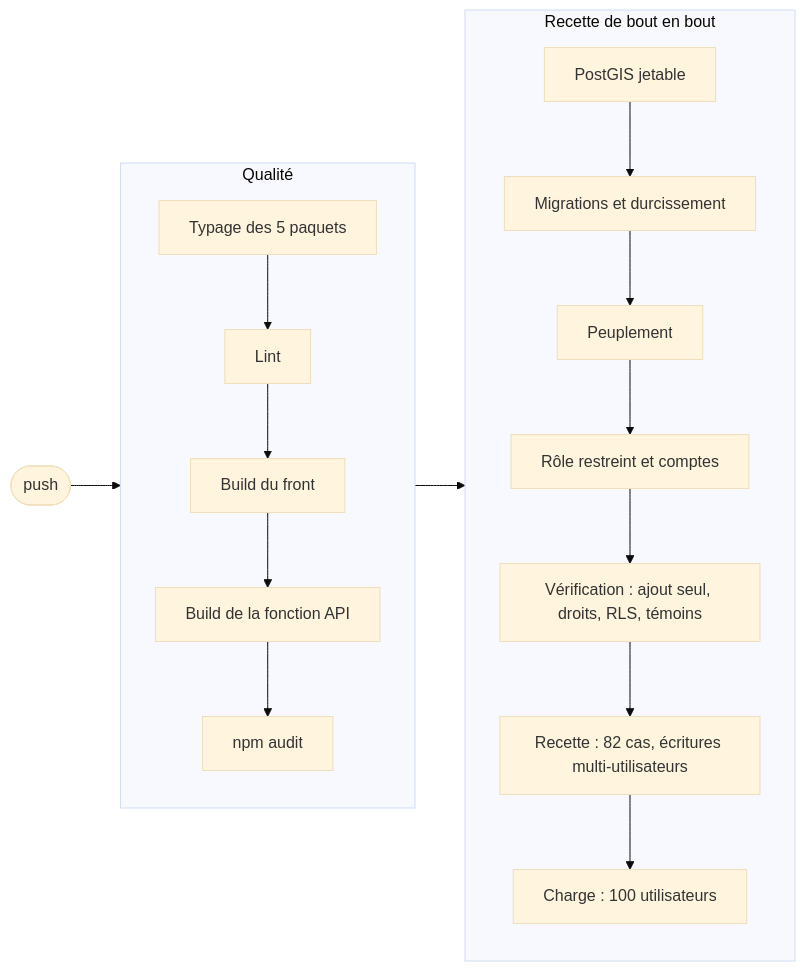
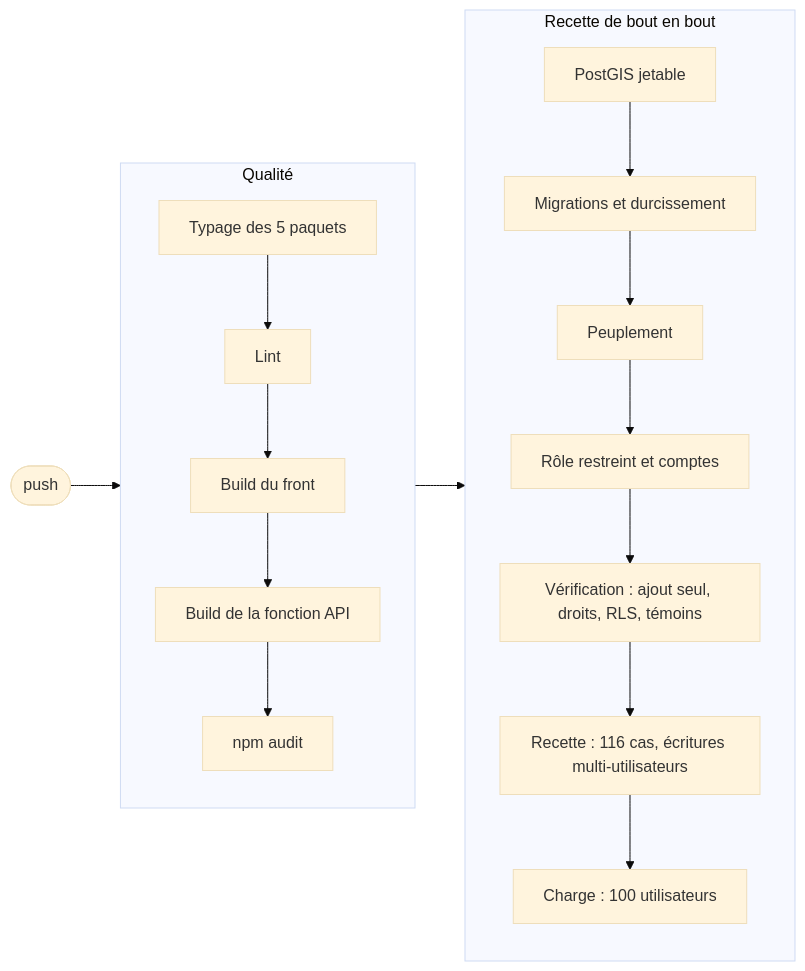
Before and after one commit to ahetansaid/EduTech: the seventh of 8 diagrams in README.md, drawn with Mermaid (base theme). The commit also changed other lines of this file and 19 other files, not shown here.

````diff
--- a/README.md
+++ b/README.md
@@ -311,12 +321,12 @@
 ```mermaid
 flowchart LR
     P([push]) --> Q
     subgraph Q["Qualité"]
         Q1[Typage des 5 paquets] --> Q2[Lint] --> Q3[Build du front] --> Q4[Build de la fonction API] --> Q5["npm audit"]
     end
     Q --> R
     subgraph R["Recette de bout en bout"]
         R1[PostGIS jetable] --> R2[Migrations et durcissement] --> R3[Peuplement] --> R4[Rôle restreint et comptes]
-        R4 --> R5[Vérification : ajout seul, droits, RLS, témoins] --> R6["Recette : 82 cas, écritures multi-utilisateurs"] --> R7["Charge : 100 utilisateurs"]
+        R4 --> R5[Vérification : ajout seul, droits, RLS, témoins] --> R6["Recette : 116 cas, écritures multi-utilisateurs"] --> R7["Charge : 100 utilisateurs"]
     end
 ```
````
